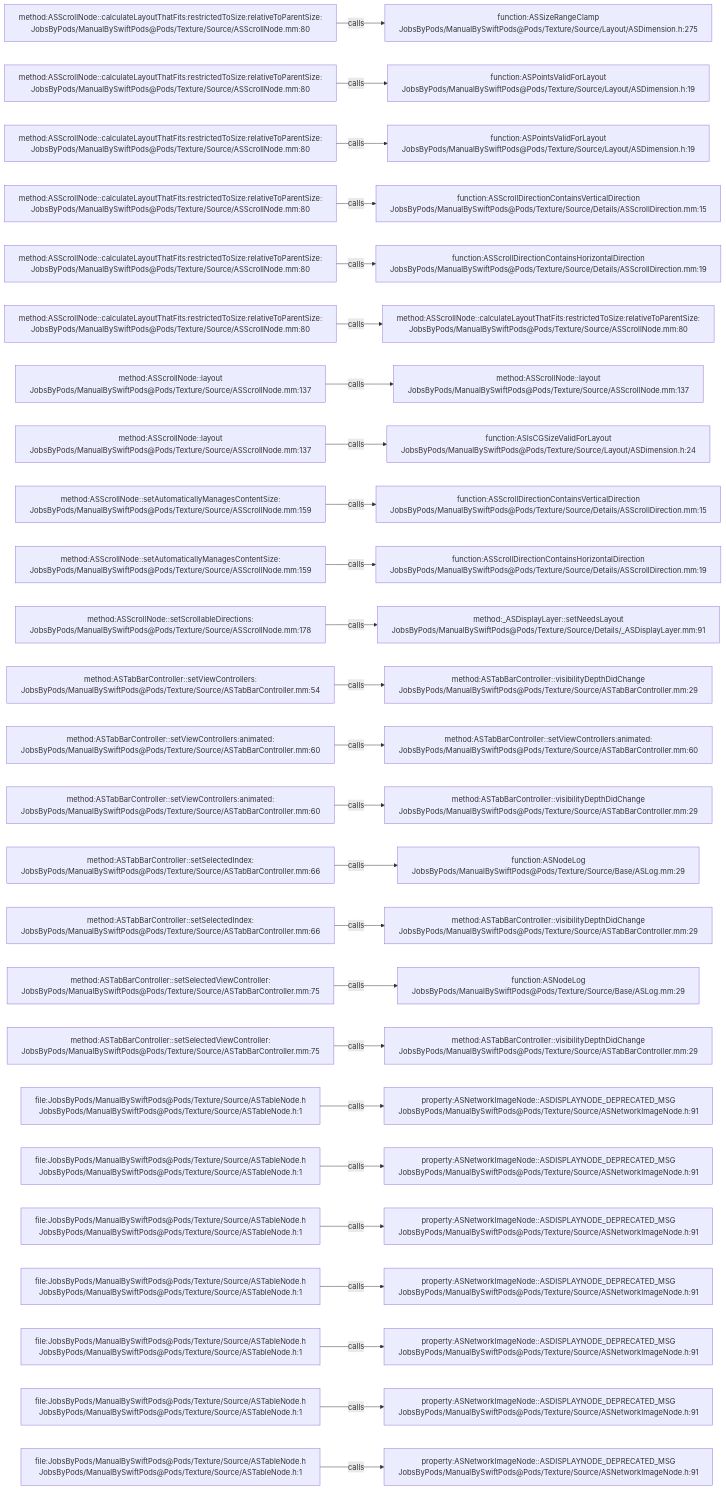
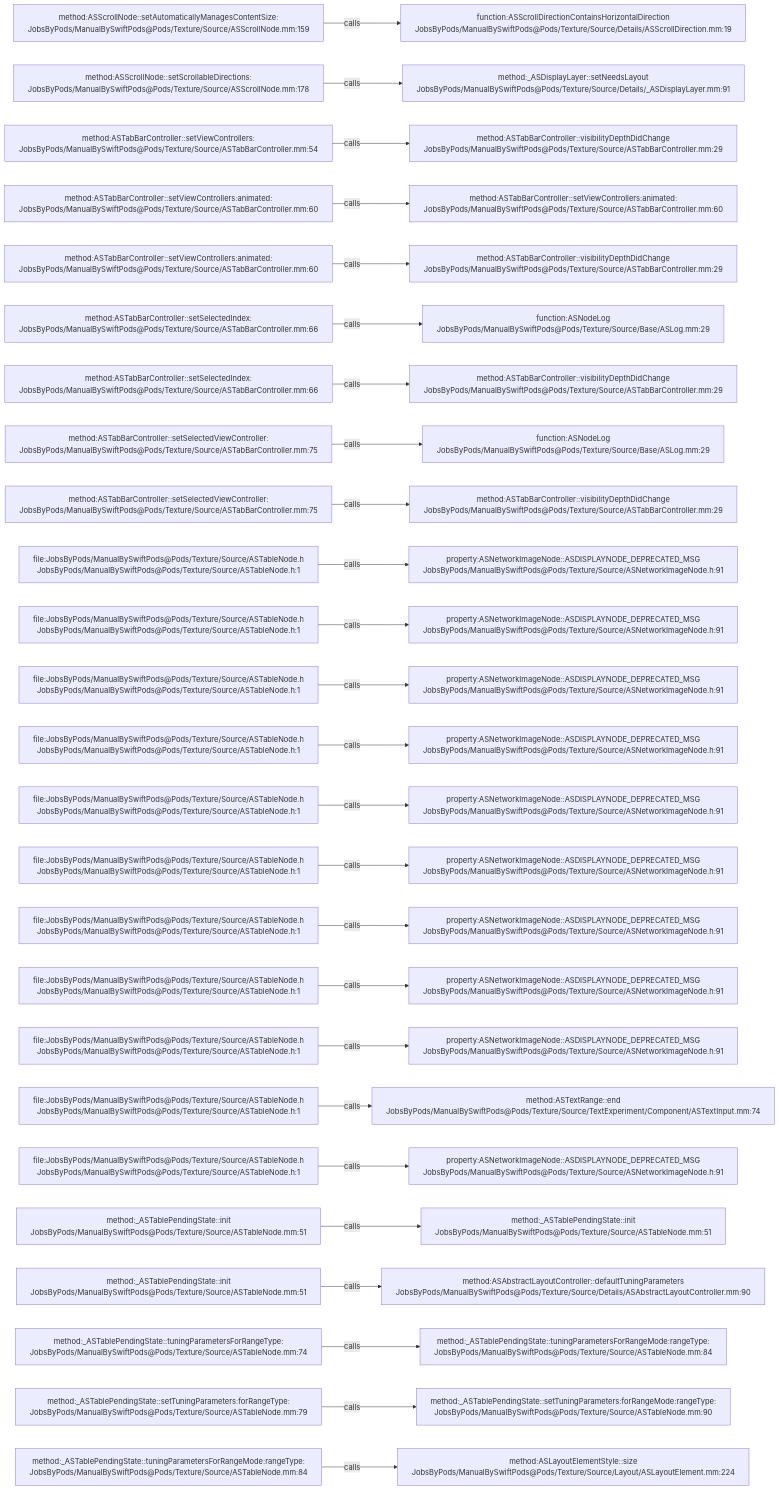
One commit to JobsKits/JobsSwiftBaseConfigDemo changed the diagram in .codegraph/codegraph.md/graphs/calls-054.md. Above: the diagram before and after it, drawn with Mermaid. The commit also changed 707 other files, not shown here.

````diff
--- a/.codegraph/codegraph.md/graphs/calls-054.md
+++ b/.codegraph/codegraph.md/graphs/calls-054.md
@@ -13,78 +13,78 @@
 ```mermaid
 flowchart LR
-  S1["method:ASScrollNode::calculateLayoutThatFits:restrictedToSize:relativeToParentSize:<br/>JobsByPods/ManualBySwiftPods@Pods/Texture/Source/ASScrollNode.mm:80"]
-  T1["function:ASSizeRangeClamp<br/>JobsByPods/ManualBySwiftPods@Pods/Texture/Source/Layout/ASDimension.h:275"]
+  S1["method:ASScrollNode::setAutomaticallyManagesContentSize:<br/>JobsByPods/ManualBySwiftPods@Pods/Texture/Source/ASScrollNode.mm:159"]
+  T1["function:ASScrollDirectionContainsHorizontalDirection<br/>JobsByPods/ManualBySwiftPods@Pods/Texture/Source/Details/ASScrollDirection.mm:19"]
   S1 -->|calls| T1
-  S2["method:ASScrollNode::calculateLayoutThatFits:restrictedToSize:relativeToParentSize:<br/>JobsByPods/ManualBySwiftPods@Pods/Texture/Source/ASScrollNode.mm:80"]
-  T2["function:ASPointsValidForLayout<br/>JobsByPods/ManualBySwiftPods@Pods/Texture/Source/Layout/ASDimension.h:19"]
+  S2["method:ASScrollNode::setScrollableDirections:<br/>JobsByPods/ManualBySwiftPods@Pods/Texture/Source/ASScrollNode.mm:178"]
+  T2["method:_ASDisplayLayer::setNeedsLayout<br/>JobsByPods/ManualBySwiftPods@Pods/Texture/Source/Details/_ASDisplayLayer.mm:91"]
   S2 -->|calls| T2
-  S3["method:ASScrollNode::calculateLayoutThatFits:restrictedToSize:relativeToParentSize:<br/>JobsByPods/ManualBySwiftPods@Pods/Texture/Source/ASScrollNode.mm:80"]
-  T3["function:ASPointsValidForLayout<br/>JobsByPods/ManualBySwiftPods@Pods/Texture/Source/Layout/ASDimension.h:19"]
+  S3["method:ASTabBarController::setViewControllers:<br/>JobsByPods/ManualBySwiftPods@Pods/Texture/Source/ASTabBarController.mm:54"]
+  T3["method:ASTabBarController::visibilityDepthDidChange<br/>JobsByPods/ManualBySwiftPods@Pods/Texture/Source/ASTabBarController.mm:29"]
   S3 -->|calls| T3
-  S4["method:ASScrollNode::calculateLayoutThatFits:restrictedToSize:relativeToParentSize:<br/>JobsByPods/ManualBySwiftPods@Pods/Texture/Source/ASScrollNode.mm:80"]
-  T4["function:ASScrollDirectionContainsVerticalDirection<br/>JobsByPods/ManualBySwiftPods@Pods/Texture/Source/Details/ASScrollDirection.mm:15"]
+  S4["method:ASTabBarController::setViewControllers:animated:<br/>JobsByPods/ManualBySwiftPods@Pods/Texture/Source/ASTabBarController.mm:60"]
+  T4["method:ASTabBarController::setViewControllers:animated:<br/>JobsByPods/ManualBySwiftPods@Pods/Texture/Source/ASTabBarController.mm:60"]
   S4 -->|calls| T4
-  S5["method:ASScrollNode::calculateLayoutThatFits:restrictedToSize:relativeToParentSize:<br/>JobsByPods/ManualBySwiftPods@Pods/Texture/Source/ASScrollNode.mm:80"]
-  T5["function:ASScrollDirectionContainsHorizontalDirection<br/>JobsByPods/ManualBySwiftPods@Pods/Texture/Source/Details/ASScrollDirection.mm:19"]
+  S5["method:ASTabBarController::setViewControllers:animated:<br/>JobsByPods/ManualBySwiftPods@Pods/Texture/Source/ASTabBarController.mm:60"]
+  T5["method:ASTabBarController::visibilityDepthDidChange<br/>JobsByPods/ManualBySwiftPods@Pods/Texture/Source/ASTabBarController.mm:29"]
   S5 -->|calls| T5
-  S6["method:ASScrollNode::calculateLayoutThatFits:restrictedToSize:relativeToParentSize:<br/>JobsByPods/ManualBySwiftPods@Pods/Texture/Source/ASScrollNode.mm:80"]
-  T6["method:ASScrollNode::calculateLayoutThatFits:restrictedToSize:relativeToParentSize:<br/>JobsByPods/ManualBySwiftPods@Pods/Texture/Source/ASScrollNode.mm:80"]
+  S6["method:ASTabBarController::setSelectedIndex:<br/>JobsByPods/ManualBySwiftPods@Pods/Texture/Source/ASTabBarController.mm:66"]
+  T6["function:ASNodeLog<br/>JobsByPods/ManualBySwiftPods@Pods/Texture/Source/Base/ASLog.mm:29"]
   S6 -->|calls| T6
-  S7["method:ASScrollNode::layout<br/>JobsByPods/ManualBySwiftPods@Pods/Texture/Source/ASScrollNode.mm:137"]
-  T7["method:ASScrollNode::layout<br/>JobsByPods/ManualBySwiftPods@Pods/Texture/Source/ASScrollNode.mm:137"]
+  S7["method:ASTabBarController::setSelectedIndex:<br/>JobsByPods/ManualBySwiftPods@Pods/Texture/Source/ASTabBarController.mm:66"]
+  T7["method:ASTabBarController::visibilityDepthDidChange<br/>JobsByPods/ManualBySwiftPods@Pods/Texture/Source/ASTabBarController.mm:29"]
   S7 -->|calls| T7
-  S8["method:ASScrollNode::layout<br/>JobsByPods/ManualBySwiftPods@Pods/Texture/Source/ASScrollNode.mm:137"]
-  T8["function:ASIsCGSizeValidForLayout<br/>JobsByPods/ManualBySwiftPods@Pods/Texture/Source/Layout/ASDimension.h:24"]
+  S8["method:ASTabBarController::setSelectedViewController:<br/>JobsByPods/ManualBySwiftPods@Pods/Texture/Source/ASTabBarController.mm:75"]
+  T8["function:ASNodeLog<br/>JobsByPods/ManualBySwiftPods@Pods/Texture/Source/Base/ASLog.mm:29"]
   S8 -->|calls| T8
-  S9["method:ASScrollNode::setAutomaticallyManagesContentSize:<br/>JobsByPods/ManualBySwiftPods@Pods/Texture/Source/ASScrollNode.mm:159"]
-  T9["function:ASScrollDirectionContainsVerticalDirection<br/>JobsByPods/ManualBySwiftPods@Pods/Texture/Source/Details/ASScrollDirection.mm:15"]
+  S9["method:ASTabBarController::setSelectedViewController:<br/>JobsByPods/ManualBySwiftPods@Pods/Texture/Source/ASTabBarController.mm:75"]
+  T9["method:ASTabBarController::visibilityDepthDidChange<br/>JobsByPods/ManualBySwiftPods@Pods/Texture/Source/ASTabBarController.mm:29"]
   S9 -->|calls| T9
-  S10["method:ASScrollNode::setAutomaticallyManagesContentSize:<br/>JobsByPods/ManualBySwiftPods@Pods/Texture/Source/ASScrollNode.mm:159"]
-  T10["function:ASScrollDirectionContainsHorizontalDirection<br/>JobsByPods/ManualBySwiftPods@Pods/Texture/Source/Details/ASScrollDirection.mm:19"]
+  S10["file:JobsByPods/ManualBySwiftPods@Pods/Texture/Source/ASTableNode.h<br/>JobsByPods/ManualBySwiftPods@Pods/Texture/Source/ASTableNode.h:1"]
+  T10["property:ASNetworkImageNode::ASDISPLAYNODE_DEPRECATED_MSG<br/>JobsByPods/ManualBySwiftPods@Pods/Texture/Source/ASNetworkImageNode.h:91"]
   S10 -->|calls| T10
-  S11["method:ASScrollNode::setScrollableDirections:<br/>JobsByPods/ManualBySwiftPods@Pods/Texture/Source/ASScrollNode.mm:178"]
-  T11["method:_ASDisplayLayer::setNeedsLayout<br/>JobsByPods/ManualBySwiftPods@Pods/Texture/Source/Details/_ASDisplayLayer.mm:91"]
+  S11["file:JobsByPods/ManualBySwiftPods@Pods/Texture/Source/ASTableNode.h<br/>JobsByPods/ManualBySwiftPods@Pods/Texture/Source/ASTableNode.h:1"]
+  T11["property:ASNetworkImageNode::ASDISPLAYNODE_DEPRECATED_MSG<br/>JobsByPods/ManualBySwiftPods@Pods/Texture/Source/ASNetworkImageNode.h:91"]
   S11 -->|calls| T11
-  S12["method:ASTabBarController::setViewControllers:<br/>JobsByPods/ManualBySwiftPods@Pods/Texture/Source/ASTabBarController.mm:54"]
-  T12["method:ASTabBarController::visibilityDepthDidChange<br/>JobsByPods/ManualBySwiftPods@Pods/Texture/Source/ASTabBarController.mm:29"]
+  S12["file:JobsByPods/ManualBySwiftPods@Pods/Texture/Source/ASTableNode.h<br/>JobsByPods/ManualBySwiftPods@Pods/Texture/Source/ASTableNode.h:1"]
+  T12["property:ASNetworkImageNode::ASDISPLAYNODE_DEPRECATED_MSG<br/>JobsByPods/ManualBySwiftPods@Pods/Texture/Source/ASNetworkImageNode.h:91"]
   S12 -->|calls| T12
-  S13["method:ASTabBarController::setViewControllers:animated:<br/>JobsByPods/ManualBySwiftPods@Pods/Texture/Source/ASTabBarController.mm:60"]
-  T13["method:ASTabBarController::setViewControllers:animated:<br/>JobsByPods/ManualBySwiftPods@Pods/Texture/Source/ASTabBarController.mm:60"]
+  S13["file:JobsByPods/ManualBySwiftPods@Pods/Texture/Source/ASTableNode.h<br/>JobsByPods/ManualBySwiftPods@Pods/Texture/Source/ASTableNode.h:1"]
+  T13["property:ASNetworkImageNode::ASDISPLAYNODE_DEPRECATED_MSG<br/>JobsByPods/ManualBySwiftPods@Pods/Texture/Source/ASNetworkImageNode.h:91"]
   S13 -->|calls| T13
-  S14["method:ASTabBarController::setViewControllers:animated:<br/>JobsByPods/ManualBySwiftPods@Pods/Texture/Source/ASTabBarController.mm:60"]
-  T14["method:ASTabBarController::visibilityDepthDidChange<br/>JobsByPods/ManualBySwiftPods@Pods/Texture/Source/ASTabBarController.mm:29"]
+  S14["file:JobsByPods/ManualBySwiftPods@Pods/Texture/Source/ASTableNode.h<br/>JobsByPods/ManualBySwiftPods@Pods/Texture/Source/ASTableNode.h:1"]
+  T14["property:ASNetworkImageNode::ASDISPLAYNODE_DEPRECATED_MSG<br/>JobsByPods/ManualBySwiftPods@Pods/Texture/Source/ASNetworkImageNode.h:91"]
   S14 -->|calls| T14
-  S15["method:ASTabBarController::setSelectedIndex:<br/>JobsByPods/ManualBySwiftPods@Pods/Texture/Source/ASTabBarController.mm:66"]
-  T15["function:ASNodeLog<br/>JobsByPods/ManualBySwiftPods@Pods/Texture/Source/Base/ASLog.mm:29"]
+  S15["file:JobsByPods/ManualBySwiftPods@Pods/Texture/Source/ASTableNode.h<br/>JobsByPods/ManualBySwiftPods@Pods/Texture/Source/ASTableNode.h:1"]
+  T15["property:ASNetworkImageNode::ASDISPLAYNODE_DEPRECATED_MSG<br/>JobsByPods/ManualBySwiftPods@Pods/Texture/Source/ASNetworkImageNode.h:91"]
   S15 -->|calls| T15
-  S16["method:ASTabBarController::setSelectedIndex:<br/>JobsByPods/ManualBySwiftPods@Pods/Texture/Source/ASTabBarController.mm:66"]
-  T16["method:ASTabBarController::visibilityDepthDidChange<br/>JobsByPods/ManualBySwiftPods@Pods/Texture/Source/ASTabBarController.mm:29"]
+  S16["file:JobsByPods/ManualBySwiftPods@Pods/Texture/Source/ASTableNode.h<br/>JobsByPods/ManualBySwiftPods@Pods/Texture/Source/ASTableNode.h:1"]
+  T16["property:ASNetworkImageNode::ASDISPLAYNODE_DEPRECATED_MSG<br/>JobsByPods/ManualBySwiftPods@Pods/Texture/Source/ASNetworkImageNode.h:91"]
   S16 -->|calls| T16
-  S17["method:ASTabBarController::setSelectedViewController:<br/>JobsByPods/ManualBySwiftPods@Pods/Texture/Source/ASTabBarController.mm:75"]
-  T17["function:ASNodeLog<br/>JobsByPods/ManualBySwiftPods@Pods/Texture/Source/Base/ASLog.mm:29"]
+  S17["file:JobsByPods/ManualBySwiftPods@Pods/Texture/Source/ASTableNode.h<br/>JobsByPods/ManualBySwiftPods@Pods/Texture/Source/ASTableNode.h:1"]
+  T17["property:ASNetworkImageNode::ASDISPLAYNODE_DEPRECATED_MSG<br/>JobsByPods/ManualBySwiftPods@Pods/Texture/Source/ASNetworkImageNode.h:91"]
   S17 -->|calls| T17
-  S18["method:ASTabBarController::setSelectedViewController:<br/>JobsByPods/ManualBySwiftPods@Pods/Texture/Source/ASTabBarController.mm:75"]
-  T18["method:ASTabBarController::visibilityDepthDidChange<br/>JobsByPods/ManualBySwiftPods@Pods/Texture/Source/ASTabBarController.mm:29"]
+  S18["file:JobsByPods/ManualBySwiftPods@Pods/Texture/Source/ASTableNode.h<br/>JobsByPods/ManualBySwiftPods@Pods/Texture/Source/ASTableNode.h:1"]
+  T18["property:ASNetworkImageNode::ASDISPLAYNODE_DEPRECATED_MSG<br/>JobsByPods/ManualBySwiftPods@Pods/Texture/Source/ASNetworkImageNode.h:91"]
   S18 -->|calls| T18
   S19["file:JobsByPods/ManualBySwiftPods@Pods/Texture/Source/ASTableNode.h<br/>JobsByPods/ManualBySwiftPods@Pods/Texture/Source/ASTableNode.h:1"]
-  T19["property:ASNetworkImageNode::ASDISPLAYNODE_DEPRECATED_MSG<br/>JobsByPods/ManualBySwiftPods@Pods/Texture/Source/ASNetworkImageNode.h:91"]
+  T19["method:ASTextRange::end<br/>JobsByPods/ManualBySwiftPods@Pods/Texture/Source/TextExperiment/Component/ASTextInput.mm:74"]
   S19 -->|calls| T19
   S20["file:JobsByPods/ManualBySwiftPods@Pods/Texture/Source/ASTableNode.h<br/>JobsByPods/ManualBySwiftPods@Pods/Texture/Source/ASTableNode.h:1"]
   T20["property:ASNetworkImageNode::ASDISPLAYNODE_DEPRECATED_MSG<br/>JobsByPods/ManualBySwiftPods@Pods/Texture/Source/ASNetworkImageNode.h:91"]
   S20 -->|calls| T20
-  S21["file:JobsByPods/ManualBySwiftPods@Pods/Texture/Source/ASTableNode.h<br/>JobsByPods/ManualBySwiftPods@Pods/Texture/Source/ASTableNode.h:1"]
-  T21["property:ASNetworkImageNode::ASDISPLAYNODE_DEPRECATED_MSG<br/>JobsByPods/ManualBySwiftPods@Pods/Texture/Source/ASNetworkImageNode.h:91"]
+  S21["method:_ASTablePendingState::init<br/>JobsByPods/ManualBySwiftPods@Pods/Texture/Source/ASTableNode.mm:51"]
+  T21["method:_ASTablePendingState::init<br/>JobsByPods/ManualBySwiftPods@Pods/Texture/Source/ASTableNode.mm:51"]
   S21 -->|calls| T21
-  S22["file:JobsByPods/ManualBySwiftPods@Pods/Texture/Source/ASTableNode.h<br/>JobsByPods/ManualBySwiftPods@Pods/Texture/Source/ASTableNode.h:1"]
-  T22["property:ASNetworkImageNode::ASDISPLAYNODE_DEPRECATED_MSG<br/>JobsByPods/ManualBySwiftPods@Pods/Texture/Source/ASNetworkImageNode.h:91"]
+  S22["method:_ASTablePendingState::init<br/>JobsByPods/ManualBySwiftPods@Pods/Texture/Source/ASTableNode.mm:51"]
+  T22["method:ASAbstractLayoutController::defaultTuningParameters<br/>JobsByPods/ManualBySwiftPods@Pods/Texture/Source/Details/ASAbstractLayoutController.mm:90"]
   S22 -->|calls| T22
-  S23["file:JobsByPods/ManualBySwiftPods@Pods/Texture/Source/ASTableNode.h<br/>JobsByPods/ManualBySwiftPods@Pods/Texture/Source/ASTableNode.h:1"]
-  T23["property:ASNetworkImageNode::ASDISPLAYNODE_DEPRECATED_MSG<br/>JobsByPods/ManualBySwiftPods@Pods/Texture/Source/ASNetworkImageNode.h:91"]
+  S23["method:_ASTablePendingState::tuningParametersForRangeType:<br/>JobsByPods/ManualBySwiftPods@Pods/Texture/Source/ASTableNode.mm:74"]
+  T23["method:_ASTablePendingState::tuningParametersForRangeMode:rangeType:<br/>JobsByPods/ManualBySwiftPods@Pods/Texture/Source/ASTableNode.mm:84"]
   S23 -->|calls| T23
-  S24["file:JobsByPods/ManualBySwiftPods@Pods/Texture/Source/ASTableNode.h<br/>JobsByPods/ManualBySwiftPods@Pods/Texture/Source/ASTableNode.h:1"]
-  T24["property:ASNetworkImageNode::ASDISPLAYNODE_DEPRECATED_MSG<br/>JobsByPods/ManualBySwiftPods@Pods/Texture/Source/ASNetworkImageNode.h:91"]
+  S24["method:_ASTablePendingState::setTuningParameters:forRangeType:<br/>JobsByPods/ManualBySwiftPods@Pods/Texture/Source/ASTableNode.mm:79"]
+  T24["method:_ASTablePendingState::setTuningParameters:forRangeMode:rangeType:<br/>JobsByPods/ManualBySwiftPods@Pods/Texture/Source/ASTableNode.mm:90"]
   S24 -->|calls| T24
-  S25["file:JobsByPods/ManualBySwiftPods@Pods/Texture/Source/ASTableNode.h<br/>JobsByPods/ManualBySwiftPods@Pods/Texture/Source/ASTableNode.h:1"]
-  T25["property:ASNetworkImageNode::ASDISPLAYNODE_DEPRECATED_MSG<br/>JobsByPods/ManualBySwiftPods@Pods/Texture/Source/ASNetworkImageNode.h:91"]
+  S25["method:_ASTablePendingState::tuningParametersForRangeMode:rangeType:<br/>JobsByPods/ManualBySwiftPods@Pods/Texture/Source/ASTableNode.mm:84"]
+  T25["method:ASLayoutElementStyle::size<br/>JobsByPods/ManualBySwiftPods@Pods/Texture/Source/Layout/ASLayoutElement.mm:224"]
   S25 -->|calls| T25
 ```
````
